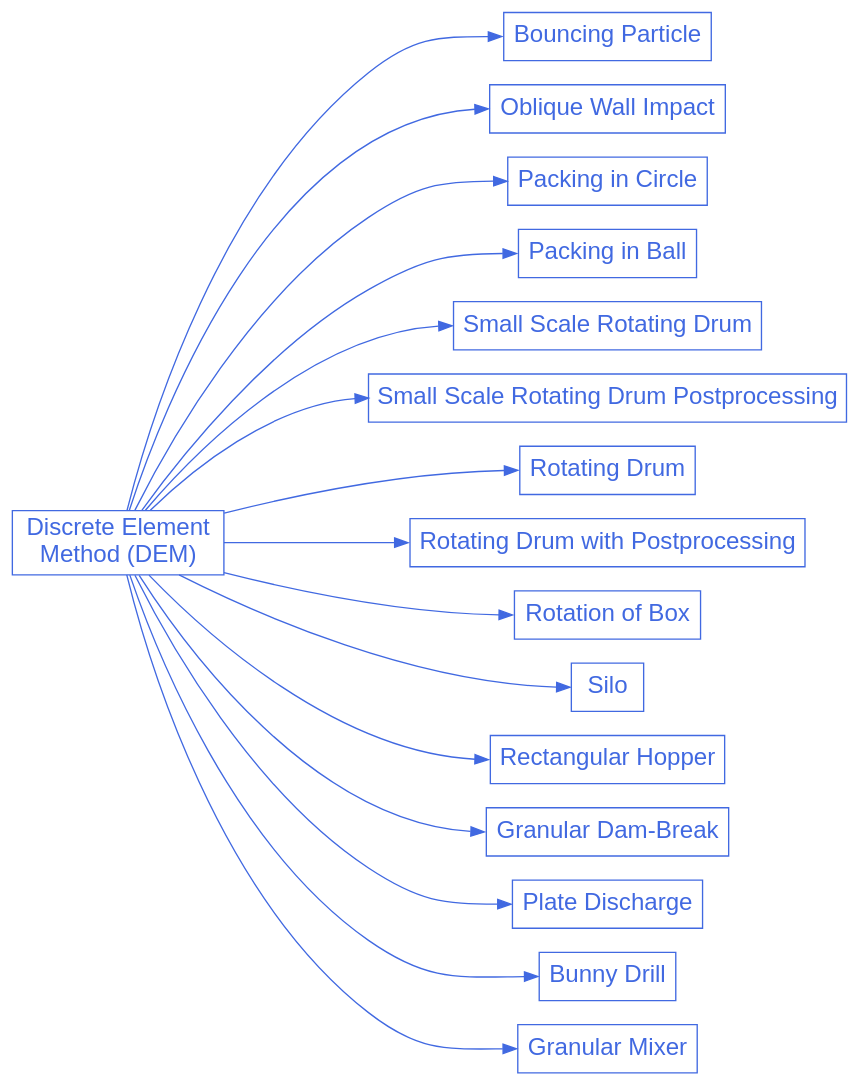
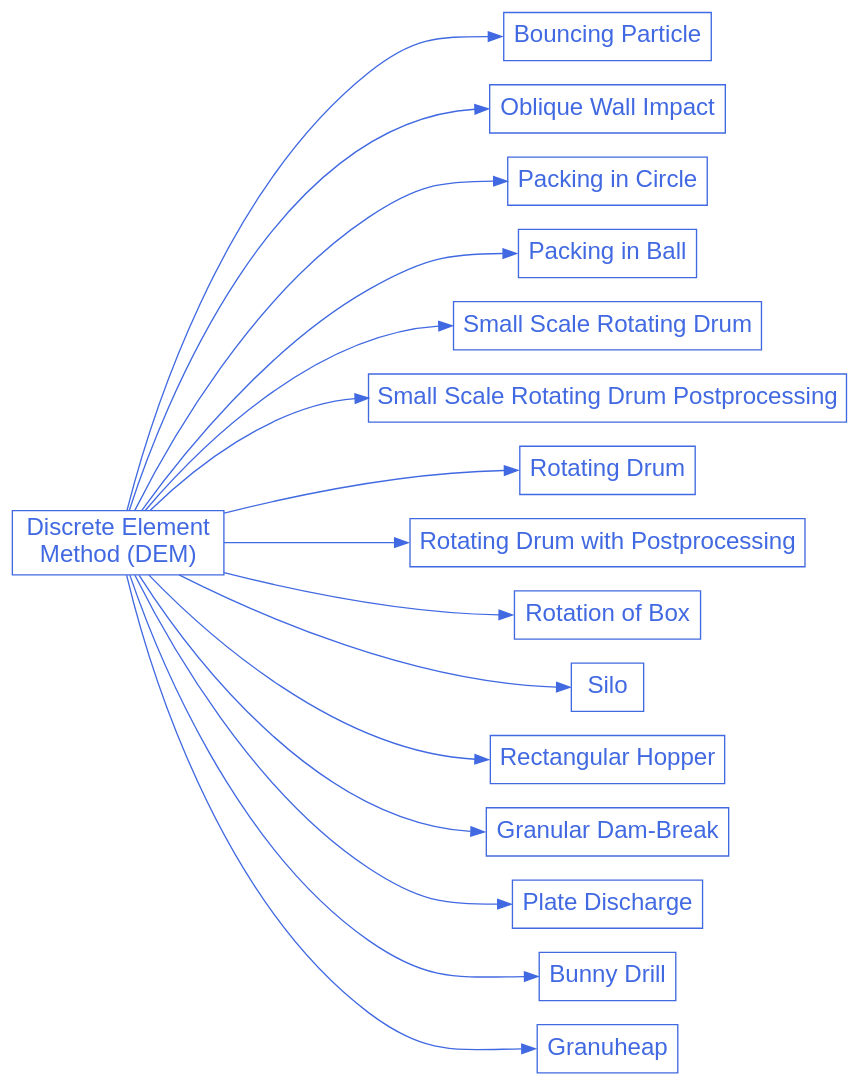
Before and after one commit to chaos-polymtl/lethe: the diagram in doc/source/examples/dem/dem.rst, drawn with Graphviz. The commit also changed other lines of this file and 5 other files, not shown here.

```diff
--- a/doc/source/examples/dem/dem.rst
+++ b/doc/source/examples/dem/dem.rst
@@ -28,59 +29,59 @@
 .. graphviz:: 
 
     digraph dem_diagram {
       graph [bgcolor="transparent", align=true, ranksep=1.5];
       node [fontname=Arial, fontsize=18, shape=box, fontcolor=royalblue, color=royalblue];
       edge [color=royalblue];
       rankdir="LR";
       size = "9,9";
       
       dem [label="Discrete Element \nMethod (DEM)", href="https://chaos-polymtl.github.io/lethe/documentation/examples/dem/dem.html"];
 
       dem_1 [label="Bouncing Particle", href="https://chaos-polymtl.github.io/lethe/documentation/examples/dem/bouncing-particle/bouncing-particle.html"];
 
       dem_2 [label="Oblique Wall Impact", href="https://chaos-polymtl.github.io/lethe/documentation/examples/dem/oblique-wall-impact/oblique-wall-impact.html"];
 
       dem_3 [label="Packing in Circle", href="https://chaos-polymtl.github.io/lethe/documentation/examples/dem/packing-in-circle/packing-in-circle.html"];
 
       dem_4 [label="Packing in Ball", href="https://chaos-polymtl.github.io/lethe/documentation/examples/dem/packing-in-ball/packing-in-ball.html"];
 
       dem_5 [label="Small Scale Rotating Drum", href="https://chaos-polymtl.github.io/lethe/documentation/examples/dem/small-scale-rotating-drum/small-scale-rotating-drum.html"];
     
       dem_6 [label="Small Scale Rotating Drum Postprocessing", href="https://chaos-polymtl.github.io/lethe/documentation/examples/dem/small-scale-rotating-drum-postprocessing/small-scale-rotating-drum-postprocessing.html"];
 
       dem_7 [label="Rotating Drum", href="https://chaos-polymtl.github.io/lethe/documentation/examples/dem/rotating-drum/rotating-drum.html"];
 
       dem_8 [label="Rotating Drum with Postprocessing", href="https://chaos-polymtl.github.io/lethe/documentation/examples/dem/rotating-drum-with-postprocessing/rotating-drum-with-postprocessing.html"];
 
       dem_9 [label="Rotation of Box", href="https://chaos-polymtl.github.io/lethe/documentation/examples/dem/rotation-of-box/rotation-of-box.html"];
 
       dem_10 [label="Silo", href="https://chaos-polymtl.github.io/lethe/documentation/examples/dem/silo/silo.html"]; 
 
       dem_11 [label="Rectangular Hopper", href="https://chaos-polymtl.github.io/lethe/documentation/examples/dem/rectangular-hopper/rectangular-hopper.html"];
 
       dem_12 [label="Granular Dam-Break", href="https://chaos-polymtl.github.io/lethe/documentation/examples/dem/granular-dam-break/granular-dam-break.html"];
 
       dem_13 [label="Plate Discharge", href="https://chaos-polymtl.github.io/lethe/documentation/examples/dem/plate-discharge/plate-discharge.html"];
 
       dem_14 [label="Bunny Drill", href="https://chaos-polymtl.github.io/lethe/documentation/examples/dem/bunny-drill/bunny-drill.html"];
 
       dem_15 [label="Granular Mixer", href="https://chaos-polymtl.github.io/lethe/documentation/examples/dem/granular-mixer/granular-mixer.html"];
 
-      
+      dem_15 [label="Granuheap", href="https://chaos-polymtl.github.io/lethe/documentation/examples/dem/granuheap/granuheap.html"];
 
       dem -> dem_1:w;
       dem -> dem_2:w;
       dem -> dem_3:w;
       dem -> dem_4:w;
       dem -> dem_5:w;
       dem -> dem_6:w;
       dem -> dem_7:w;
       dem -> dem_8:w;
       dem -> dem_9:w;
       dem -> dem_10:w;
       dem -> dem_11:w;
       dem -> dem_12:w;
       dem -> dem_13:w;
       dem -> dem_14:w;
       dem -> dem_15:w;
     }
```
